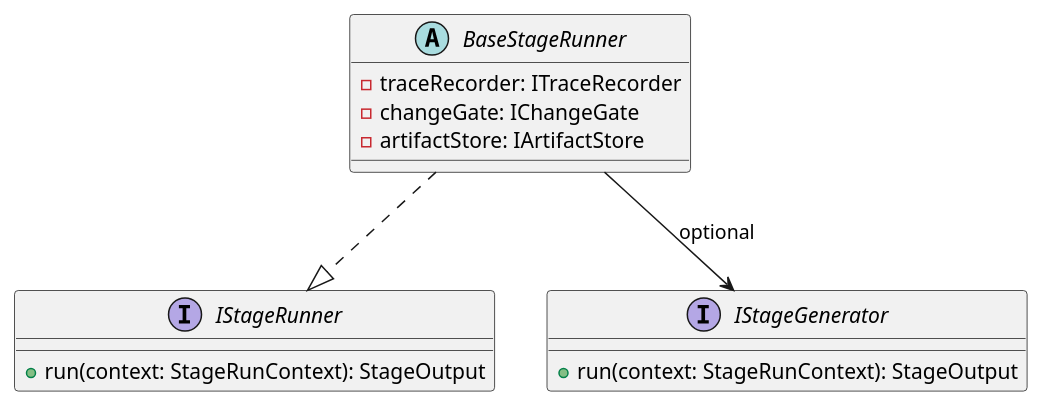
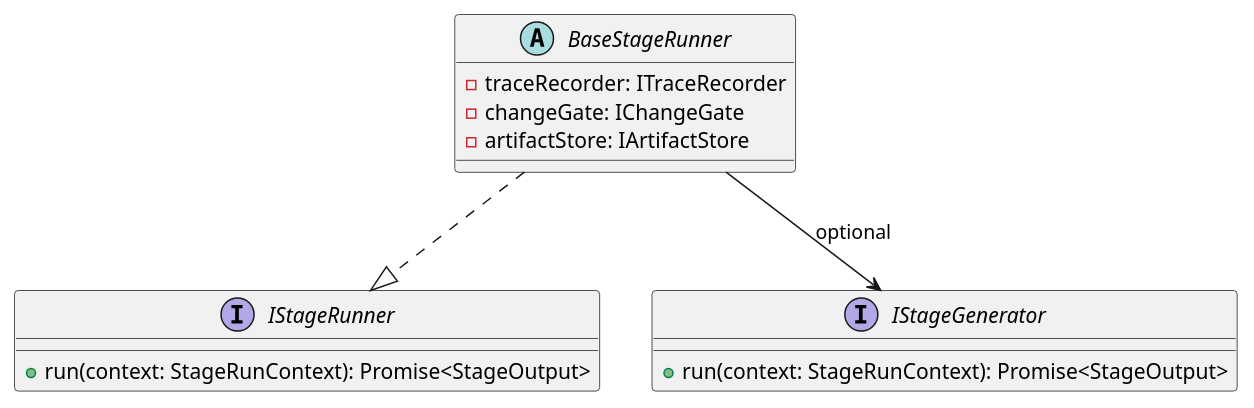
One commit to lucky-chen/ai_workflow_travel changed the second of 4 diagrams in meta_layer/docs/design_docs/Workflow/Pipeline.md. Above: the diagram before and after it, drawn with PlantUML. The commit also changed other lines of this file, not shown here.

````diff
--- a/meta_layer/docs/design_docs/Workflow/Pipeline.md
+++ b/meta_layer/docs/design_docs/Workflow/Pipeline.md
@@ -212,20 +214,20 @@
 ```plantuml
 @startuml
 interface IStageRunner {
-  +run(context: StageRunContext): StageOutput
+  +run(context: StageRunContext): Promise<StageOutput>
 }
 
 abstract class BaseStageRunner {
   -traceRecorder: ITraceRecorder
   -changeGate: IChangeGate
   -artifactStore: IArtifactStore
 }
 
 interface IStageGenerator {
-  +run(context: StageRunContext): StageOutput
+  +run(context: StageRunContext): Promise<StageOutput>
 }
 BaseStageRunner ..|> IStageRunner
 
 BaseStageRunner --> IStageGenerator : optional
 @enduml
 ```
````
